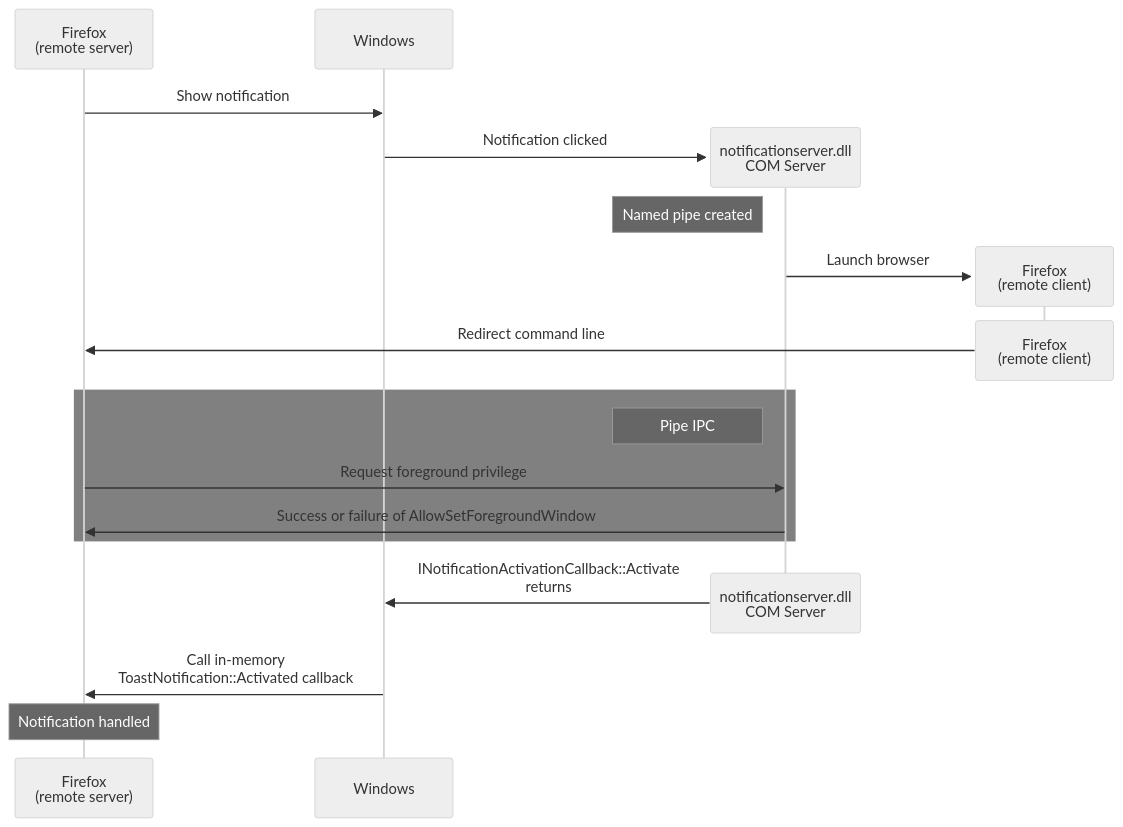
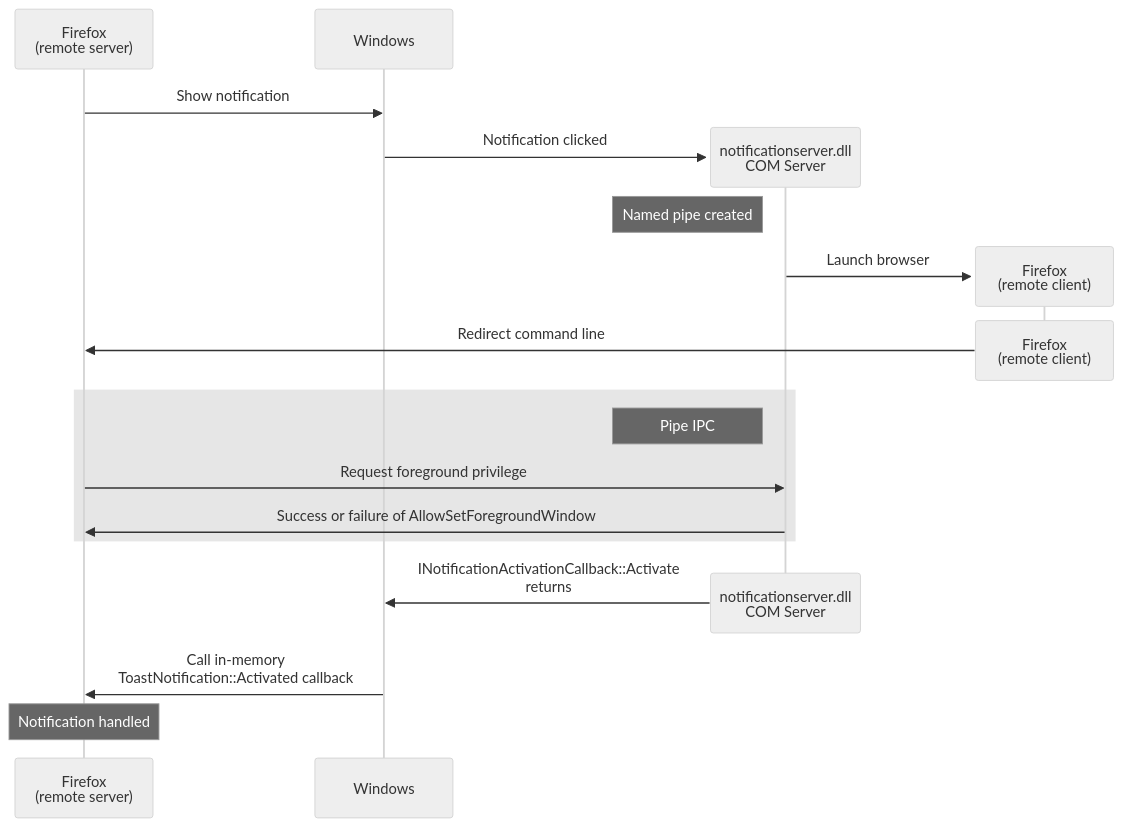
The first of 3 diagrams in toolkit/mozapps/notificationserver/docs/index.md (marco-c/gecko-dev-comments-removed), drawn with Mermaid (neutral theme) before and after one commit. The commit also changed other lines of this file, not shown here.

First line of the commit message:
Bug 2088683 - Draw the pipe IPC boxes in the notification server diagrams in translucent gray. r=firefox-desktop-core-reviewers ,mossop

````diff
--- a/toolkit/mozapps/notificationserver/docs/index.md
+++ b/toolkit/mozapps/notificationserver/docs/index.md
@@ -15,23 +15,23 @@
 ```{mermaid}
 sequenceDiagram
     participant FH as Firefox<br/>(remote server)
     participant W as Windows
 
     FH->>W: Show notification
     create participant C as notificationserver.dll<br/>COM Server
     W->>C: Notification clicked
     Note left of C: Named pipe created
     create participant FC as Firefox<br/>(remote client)
     C->>FC: Launch browser
     destroy FC
     FC->>FH: Redirect command line
-    rect grey
+    rect rgba(128, 128, 128, 0.2)
     Note left of C: Pipe IPC
     FH->>C: Request foreground privilege
     C->>FH: Success or failure of AllowSetForegroundWindow
     end
     destroy C
     C->>W: INotificationActivationCallback::Activate<br/>returns
     W->>FH: Call in-memory<br/>ToastNotification::Activated callback
     Note over FH: Notification handled
 ```
````
